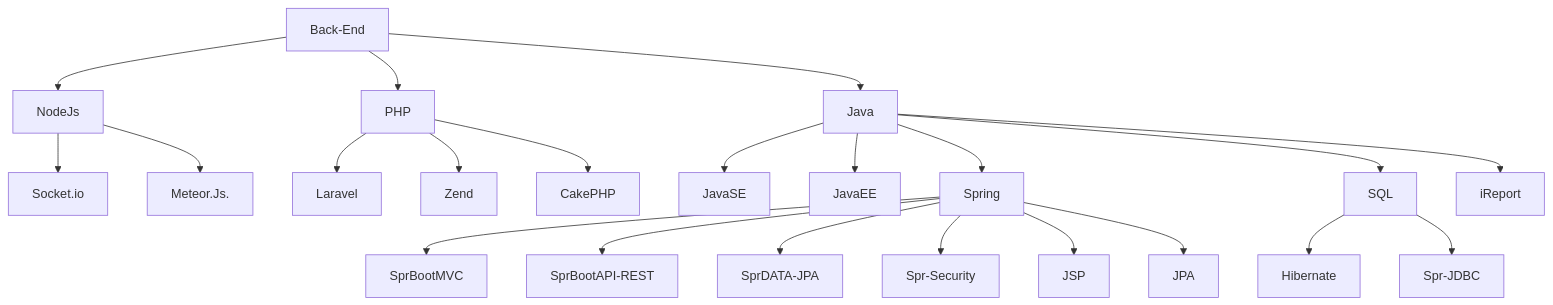
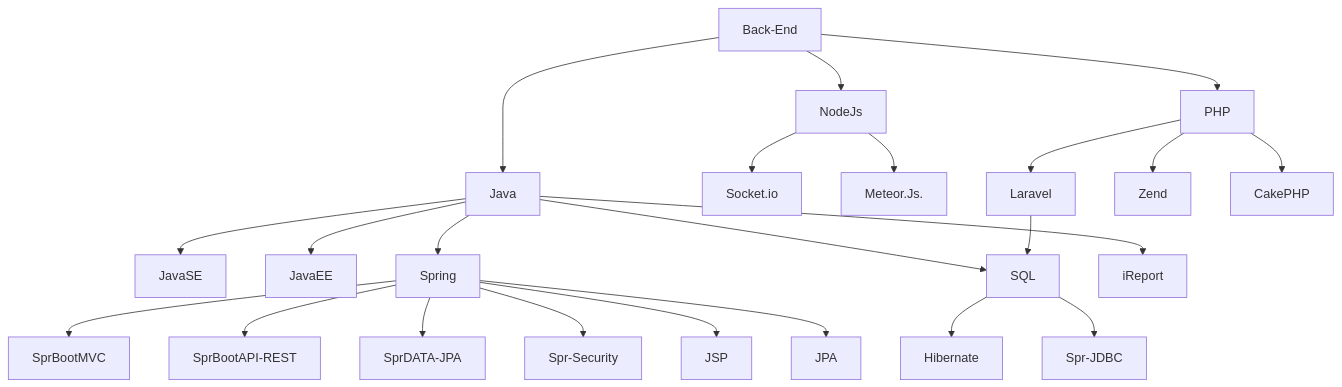
Before and after one commit to Maxnegrao33/Maxnegrao33: the second of 3 diagrams in README.md, drawn with Mermaid. The commit also changed other lines of this file, not shown here.

````diff
--- a/README.md
+++ b/README.md
@@ -161,25 +162,25 @@
 ```mermaid
 graph TD;
     Back-End-->Java;
     Back-End-->NodeJs;
     NodeJs-->Socket.io;
     NodeJs-->Meteor.Js.
     Back-End-->PHP;
     PHP-->Laravel;
     PHP-->Zend;
     PHP-->CakePHP;
     Java-->JavaSE;
     Java-->JavaEE;
     Java-->Spring;
     Java-->SQL;
-    
+    Laravel-->SQL;
     Spring-->SprBootMVC;
     Spring-->SprBootAPI-REST;
     Spring-->SprDATA-JPA;
     SQL-->Hibernate;
     SQL-->Spr-JDBC;
     Spring-->Spr-Security;
     Spring-->JSP;
     Spring-->JPA;
     Java-->iReport;   
    ```
````
